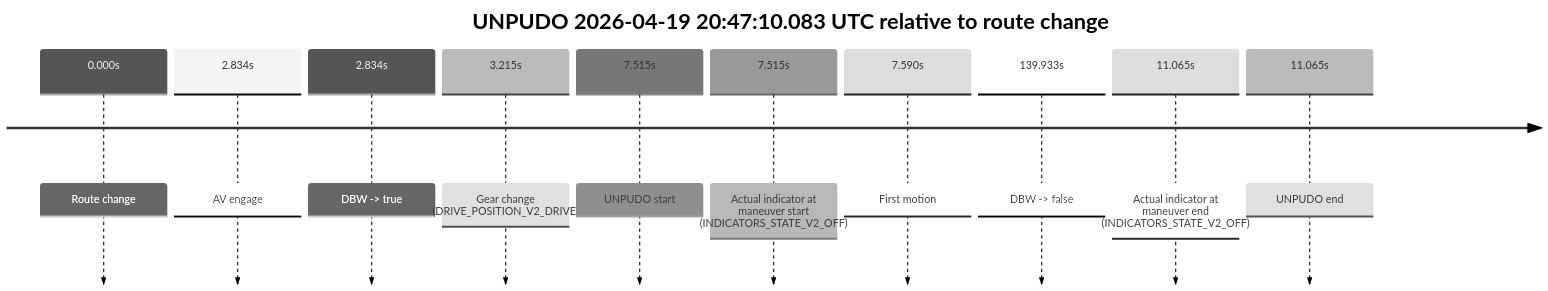
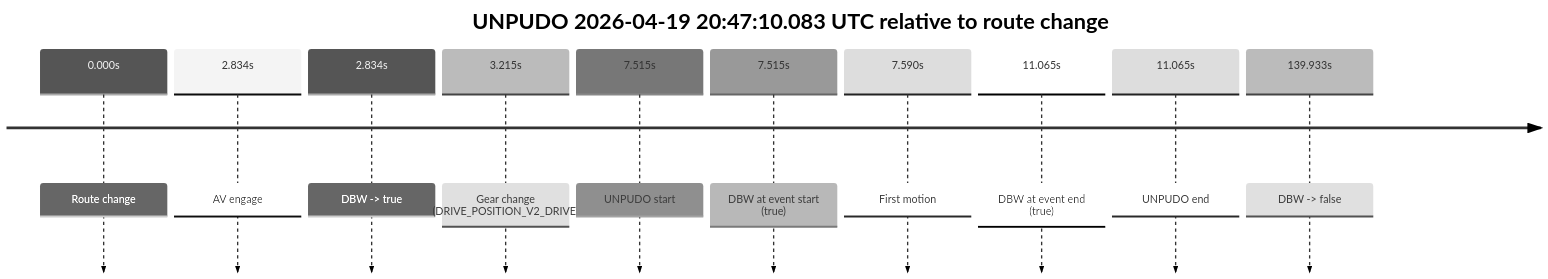
One commit to yoelshapiro/vault changed the third of 5 diagrams in model_analysis/report_cards/2026/04/Week-3/fme20009--2026-04-19--20-01-00--gen2-av-aeee07a9-d252-46e4-b6ef-3c843203ccb1.md. Above: the diagram before and after it, drawn with Mermaid (neutral theme). The commit also changed other lines of this file and 85 other files, not shown here.

````diff
--- a/model_analysis/report_cards/2026/04/Week-3/fme20009--2026-04-19--20-01-00--gen2-av-aeee07a9-d252-46e4-b6ef-3c843203ccb1.md
+++ b/model_analysis/report_cards/2026/04/Week-3/fme20009--2026-04-19--20-01-00--gen2-av-aeee07a9-d252-46e4-b6ef-3c843203ccb1.md
@@ -295,14 +221,14 @@
 ```mermaid
 timeline
     title UNPUDO 2026-04-19 20:47:10.083 UTC relative to route change
     0.000s : Route change
     2.834s : AV engage
     2.834s : DBW -> true
     3.215s : Gear change (DRIVE_POSITION_V2_DRIVE)
     7.515s : UNPUDO start
-    7.515s : Actual indicator at maneuver start (INDICATORS_STATE_V2_OFF)
+    7.515s : DBW at event start (true)
     7.590s : First motion
+    11.065s : DBW at event end (true)
+    11.065s : UNPUDO end
     139.933s : DBW -> false
-    11.065s : Actual indicator at maneuver end (INDICATORS_STATE_V2_OFF)
-    11.065s : UNPUDO end
 ```
````
